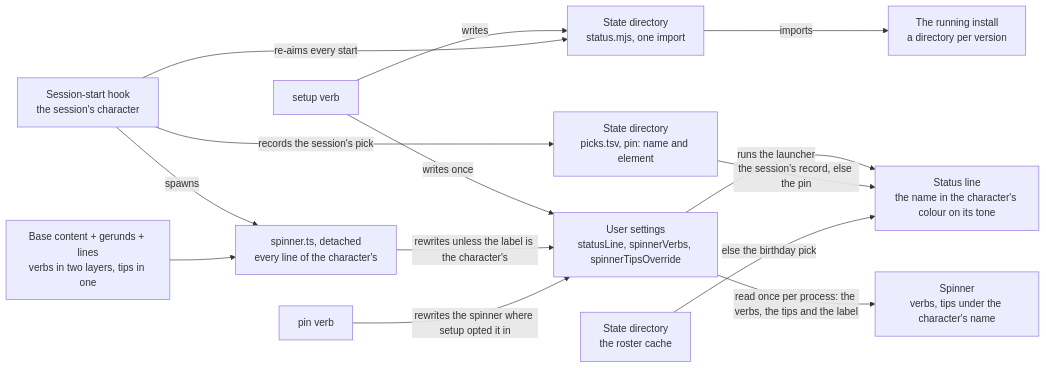
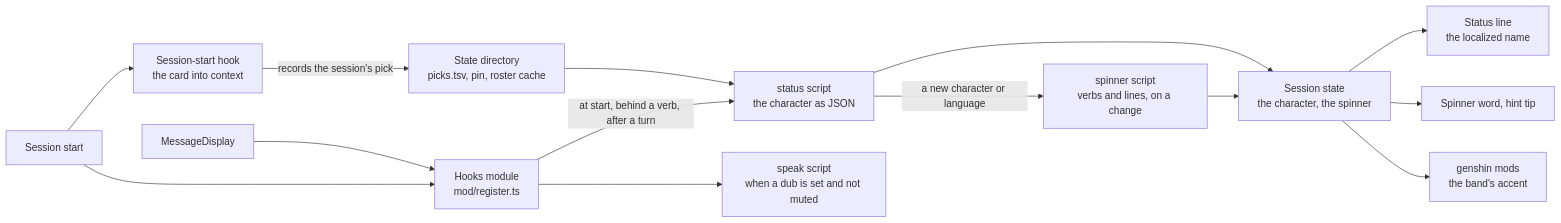
One commit to Esposter/Esposter changed the sixth of 6 diagrams in apps/web/content/docs/infra/claude-interface/persona-plugin.md. Above: the diagram before and after it, drawn with Mermaid. The commit also changed other lines of this file and 23 other files, not shown here.

First line of the commit message:
docs(genshin-mods): ship the mods' feature pages and retire their proposal

````diff
--- a/apps/web/content/docs/infra/claude-interface/persona-plugin.md
+++ b/apps/web/content/docs/infra/claude-interface/persona-plugin.md
@@ -278,28 +277,29 @@
 ```mermaid
 flowchart LR
-    Setup["setup verb"]
-    Hook["Session-start hook<br/>the session's character"]
-    Content["Base content + gerunds + lines<br/>verbs in two layers, tips in one"]
-    Script["spinner.ts, detached<br/>every line of the character's"]
-    Settings["User settings<br/>statusLine, spinnerVerbs, spinnerTipsOverride"]
-    Launcher["State directory<br/>status.mjs, one import"]
-    Install["The running install<br/>a directory per version"]
-    Records["State directory<br/>picks.tsv, pin: name and element"]
-    Spinner["Spinner<br/>verbs, tips under the character's name"]
-    Line["Status line<br/>the name in the character's colour on its tone"]
+    Start["Session start"]
+    Hook["Session-start hook<br/>the card into context"]
+    Module["Hooks module<br/>mod/register.ts"]
+    Status["status script<br/>the character as JSON"]
+    SpinnerScript["spinner script<br/>verbs and lines, on a change"]
+    Records["State directory<br/>picks.tsv, pin, roster cache"]
+    State["Session state<br/>the character, the spinner"]
+    Line["Status line<br/>the localized name"]
+    Spinner["Spinner word, hint tip"]
+    Mods["genshin mods<br/>the band's accent"]
+    Display["MessageDisplay"]
+    Speak["speak script<br/>when a dub is set and not muted"]
 
-    Setup -->|writes once| Settings
-    Setup -->|writes| Launcher
-    Hook -->|re-aims every start| Launcher
-    Hook -->|spawns| Script
-    Content --> Script
-    Script -->|rewrites unless the label is the character's| Settings
-    Verb["pin verb"] -->|rewrites the spinner where setup opted it in| Settings
-    Launcher -->|imports| Install
-    Settings -->|runs the launcher| Line
+    Start --> Hook
+    Start --> Module
     Hook -->|records the session's pick| Records
-    Cache["State directory<br/>the roster cache"]
-    Records -->|the session's record, else the pin| Line
-    Cache -->|else the birthday pick| Line
-    Settings -->|read once per process: the verbs, the tips and the label| Spinner
+    Module -->|at start, behind a verb, after a turn| Status
+    Records --> Status
+    Status --> State
+    Status -->|a new character or language| SpinnerScript
+    SpinnerScript --> State
+    State --> Line
+    State --> Spinner
+    State --> Mods
+    Display --> Module
+    Module --> Speak
 ```
````
